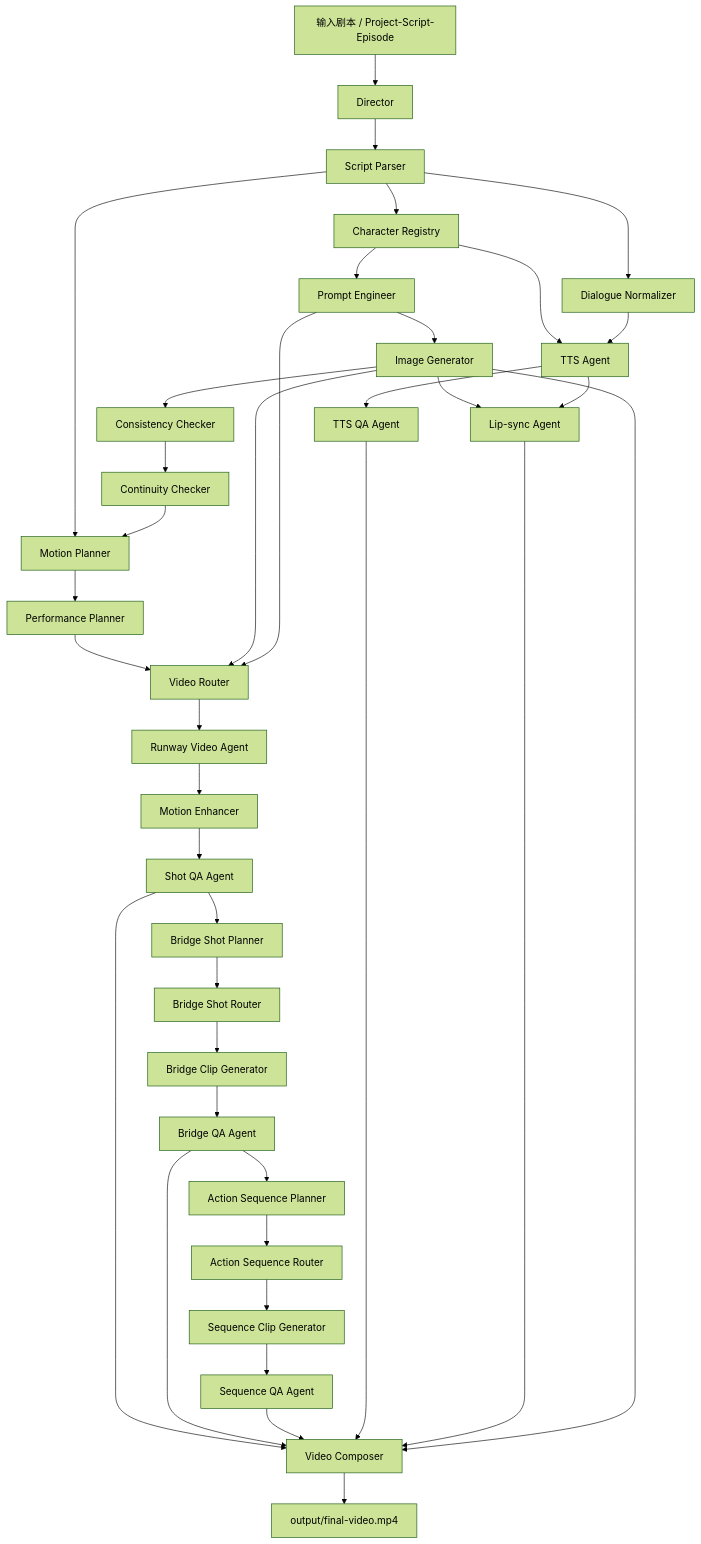
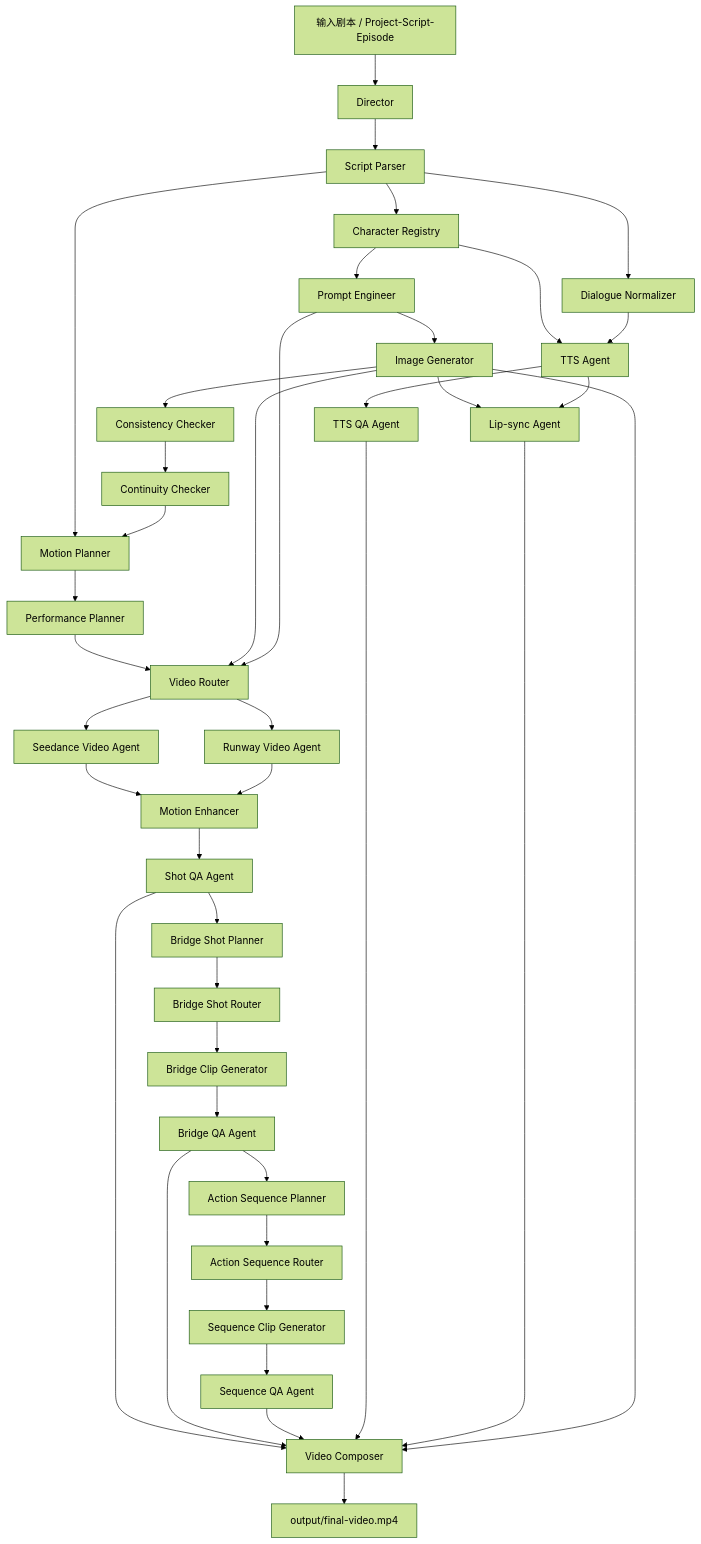
One commit to OliverPanda/AI-video-factory-pro changed the diagram in README.md. Above: the diagram before and after it, drawn with Mermaid (forest theme). The commit also changed other lines of this file and 12 other files, not shown here.

````diff
--- a/README.md
+++ b/README.md
@@ -81,40 +85,42 @@
 ```mermaid
 flowchart TD
     A[输入剧本 / Project-Script-Episode] --> B[Director]
     B --> C[Script Parser]
     C --> D[Character Registry]
     D --> E[Prompt Engineer]
     E --> F[Image Generator]
     F --> G[Consistency Checker]
     G --> H[Continuity Checker]
     C --> I[Motion Planner]
     H --> I
     I --> J[Performance Planner]
     J --> K[Video Router]
     F --> K
     E --> K
-    K --> L[Runway Video Agent]
-    L --> M[Motion Enhancer]
+    K --> L1[Seedance Video Agent]
+    K --> L2[Runway Video Agent]
+    L1 --> M[Motion Enhancer]
+    L2 --> M
     M --> N[Shot QA Agent]
     N --> O[Bridge Shot Planner]
     O --> P[Bridge Shot Router]
     P --> Q[Bridge Clip Generator]
     Q --> R[Bridge QA Agent]
     R --> AS1[Action Sequence Planner]
     AS1 --> AS2[Action Sequence Router]
     AS2 --> AS3[Sequence Clip Generator]
     AS3 --> AS4[Sequence QA Agent]
     C --> S[Dialogue Normalizer]
     D --> T[TTS Agent]
     S --> T
     T --> U[TTS QA Agent]
     F --> V[Lip-sync Agent]
     T --> V
     N --> W[Video Composer]
     R --> W
     AS4 --> W
     U --> W
     V --> W
     F --> W
     W --> X[output/final-video.mp4]
 ```
````
